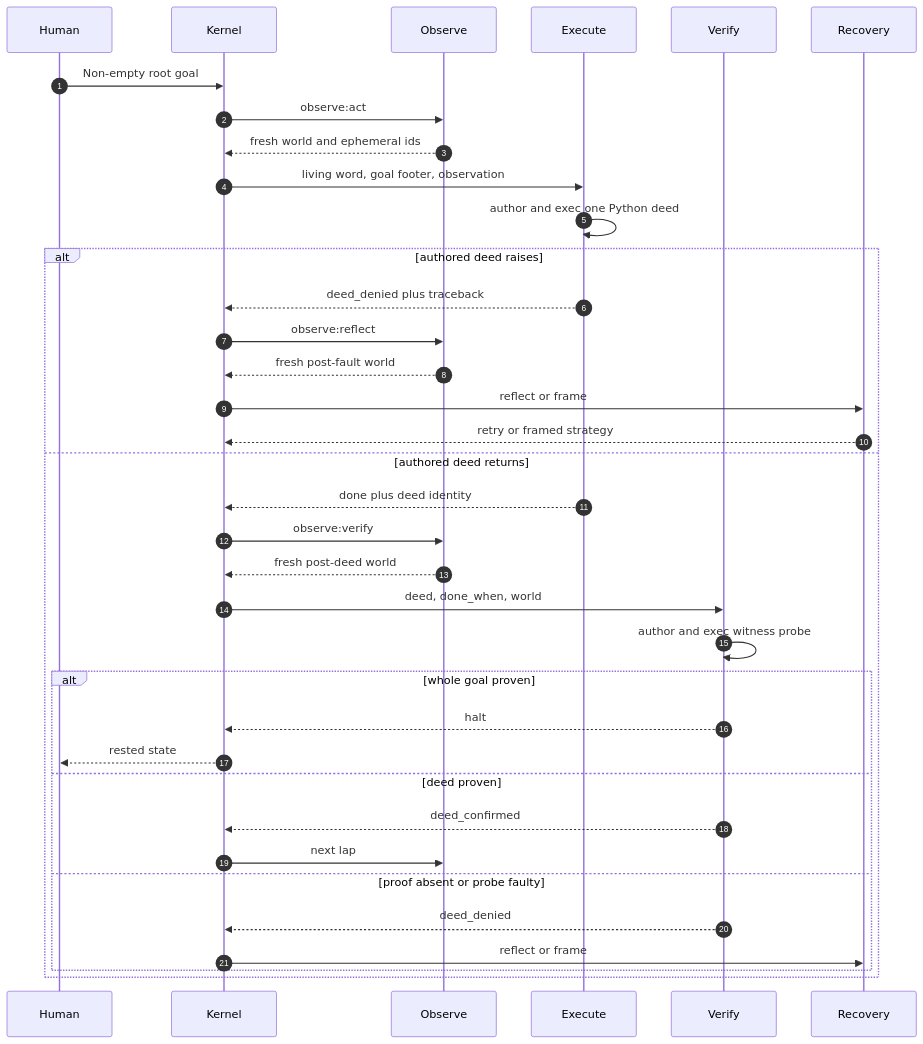
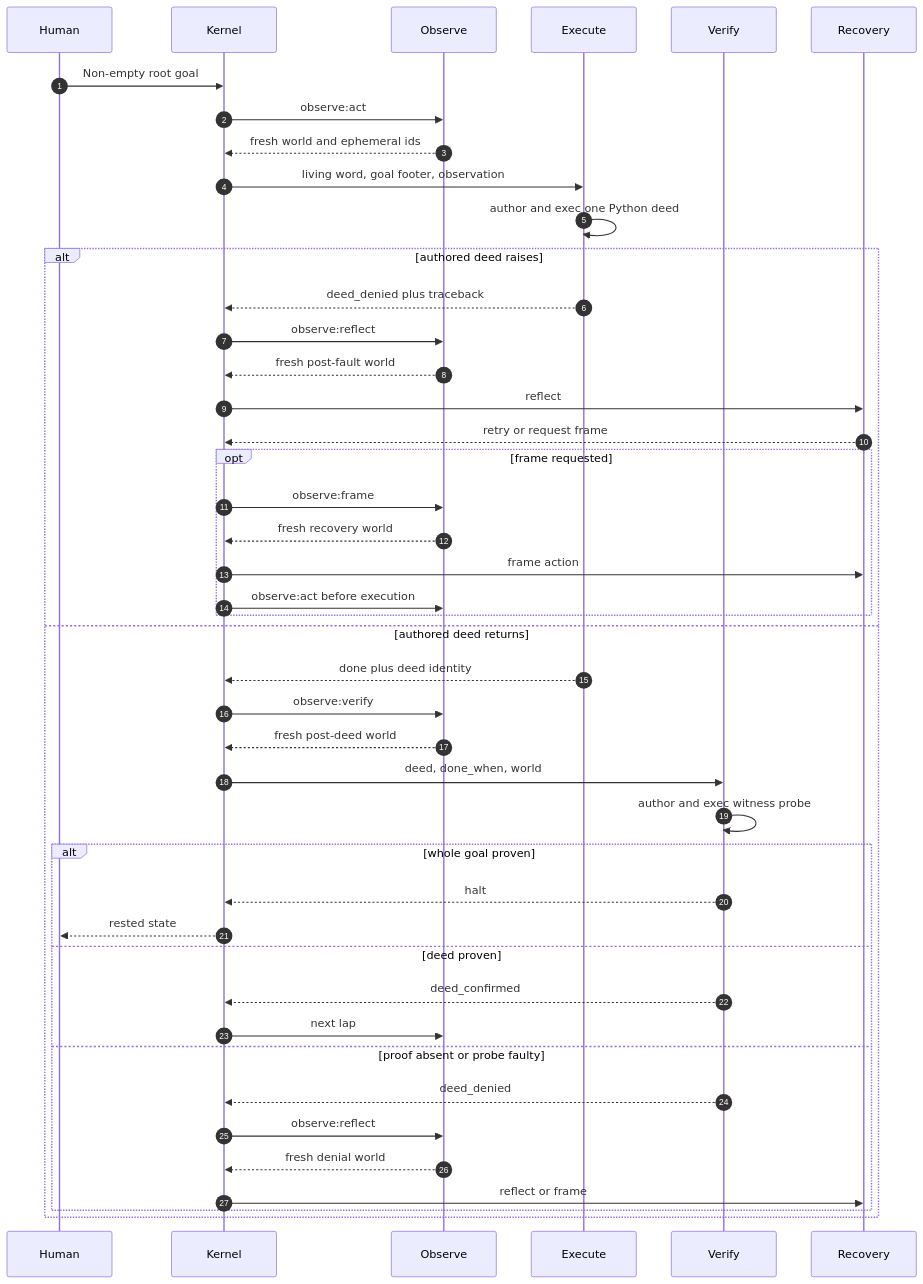
The second of 9 diagrams in README.md (wgabrys88/endgame-ai), drawn with Mermaid before and after one commit. The commit also changed other lines of this file and 9 other files, not shown here.

````diff
--- a/README.md
+++ b/README.md
@@ -622,39 +642,47 @@
 ```mermaid
 sequenceDiagram
     autonumber
     participant H as Human
     participant K as Kernel
     participant O as Observe
     participant E as Execute
     participant V as Verify
     participant R as Recovery
 
     H->>K: Non-empty root goal
     K->>O: observe:act
     O-->>K: fresh world and ephemeral ids
     K->>E: living word, goal footer, observation
     E->>E: author and exec one Python deed
     alt authored deed raises
         E-->>K: deed_denied plus traceback
         K->>O: observe:reflect
         O-->>K: fresh post-fault world
-        K->>R: reflect or frame
-        R-->>K: retry or framed strategy
+        K->>R: reflect
+        R-->>K: retry or request frame
+        opt frame requested
+            K->>O: observe:frame
+            O-->>K: fresh recovery world
+            K->>R: frame action
+            K->>O: observe:act before execution
+        end
     else authored deed returns
         E-->>K: done plus deed identity
         K->>O: observe:verify
         O-->>K: fresh post-deed world
         K->>V: deed, done_when, world
         V->>V: author and exec witness probe
         alt whole goal proven
             V-->>K: halt
             K-->>H: rested state
         else deed proven
             V-->>K: deed_confirmed
             K->>O: next lap
         else proof absent or probe faulty
             V-->>K: deed_denied
+            K->>O: observe:reflect
+            O-->>K: fresh denial world
             K->>R: reflect or frame
         end
     end
 ```
````
